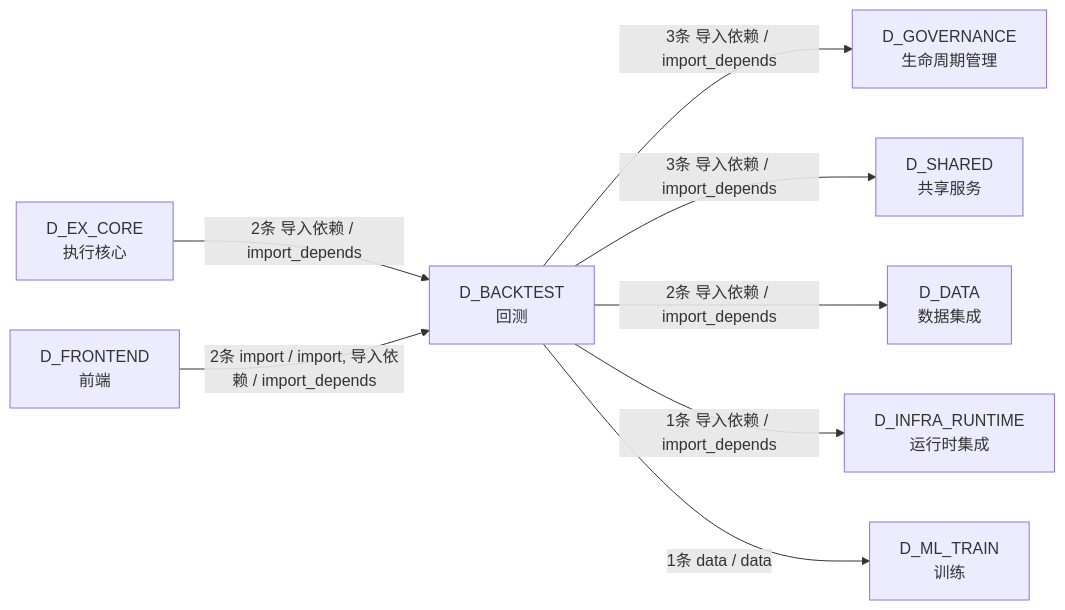
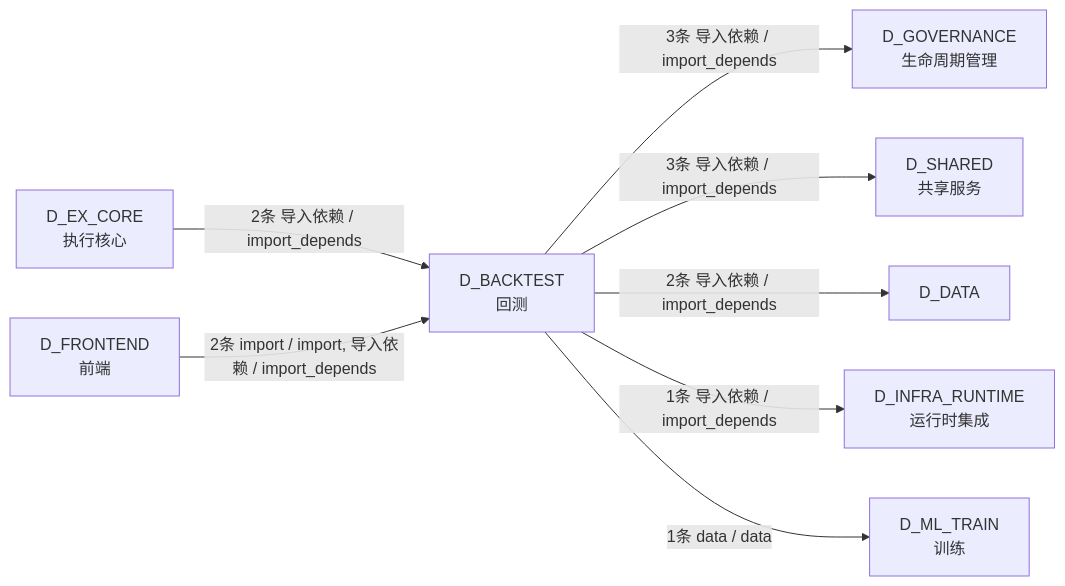
Before and after one commit to xuanFelixVan/ZephyrAlpha: the fifth of 5 diagrams in docs/02_enterprise_architecture/02_domain_architecture_docs/30_d_backtest.md, drawn with Mermaid. The commit also changed other lines of this file and 115 other files, not shown here.

````diff
--- a/docs/02_enterprise_architecture/02_domain_architecture_docs/30_d_backtest.md
+++ b/docs/02_enterprise_architecture/02_domain_architecture_docs/30_d_backtest.md
@@ -326,18 +326,18 @@
 ```mermaid
 graph LR
     D_BACKTEST["D_BACKTEST<br/>回测"]
     D_GOVERNANCE["D_GOVERNANCE<br/>生命周期管理"]
     D_SHARED["D_SHARED<br/>共享服务"]
-    D_DATA["D_DATA<br/>数据集成"]
+    D_DATA["D_DATA"]
     D_INFRA_RUNTIME["D_INFRA_RUNTIME<br/>运行时集成"]
     D_ML_TRAIN["D_ML_TRAIN<br/>训练"]
     D_EX_CORE["D_EX_CORE<br/>执行核心"]
     D_FRONTEND["D_FRONTEND<br/>前端"]
     D_BACKTEST -->|3条 导入依赖 / import_depends| D_GOVERNANCE
     D_BACKTEST -->|3条 导入依赖 / import_depends| D_SHARED
     D_BACKTEST -->|2条 导入依赖 / import_depends| D_DATA
     D_BACKTEST -->|1条 导入依赖 / import_depends| D_INFRA_RUNTIME
     D_BACKTEST -->|1条 data / data| D_ML_TRAIN
     D_EX_CORE -->|2条 导入依赖 / import_depends| D_BACKTEST
     D_FRONTEND -->|2条 import / import, 导入依赖 / import_depends| D_BACKTEST
 ```
````
